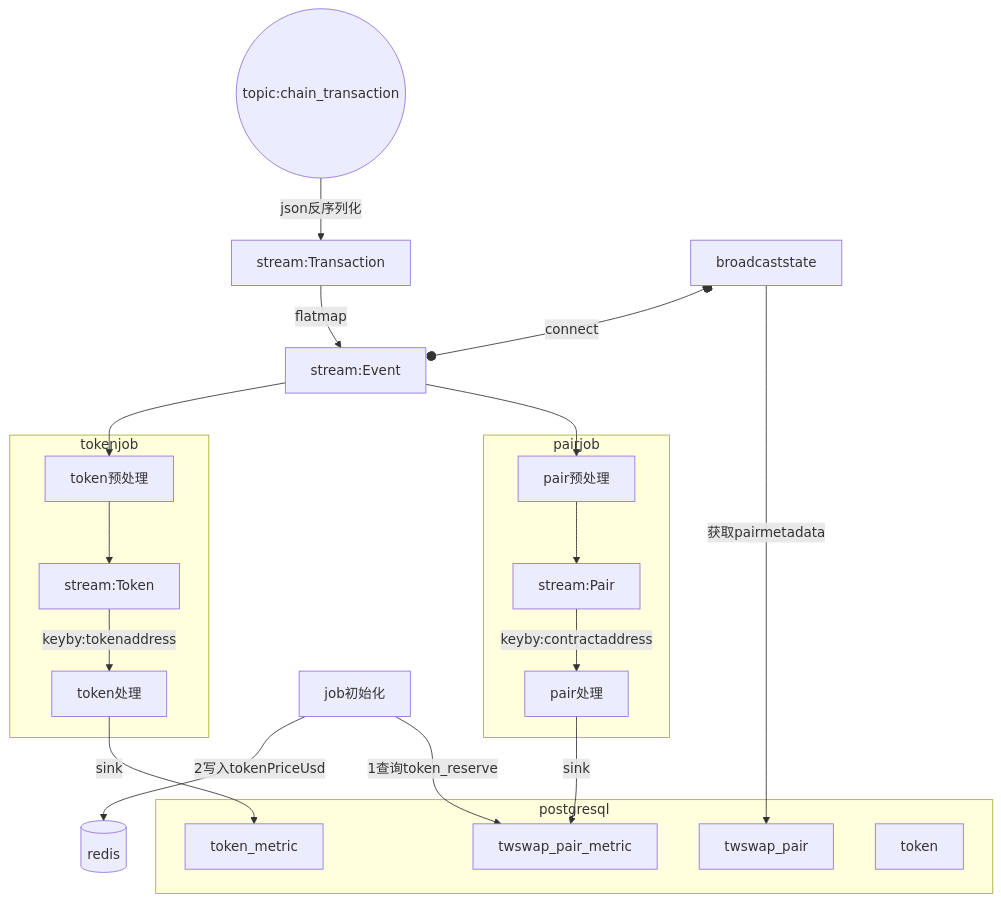
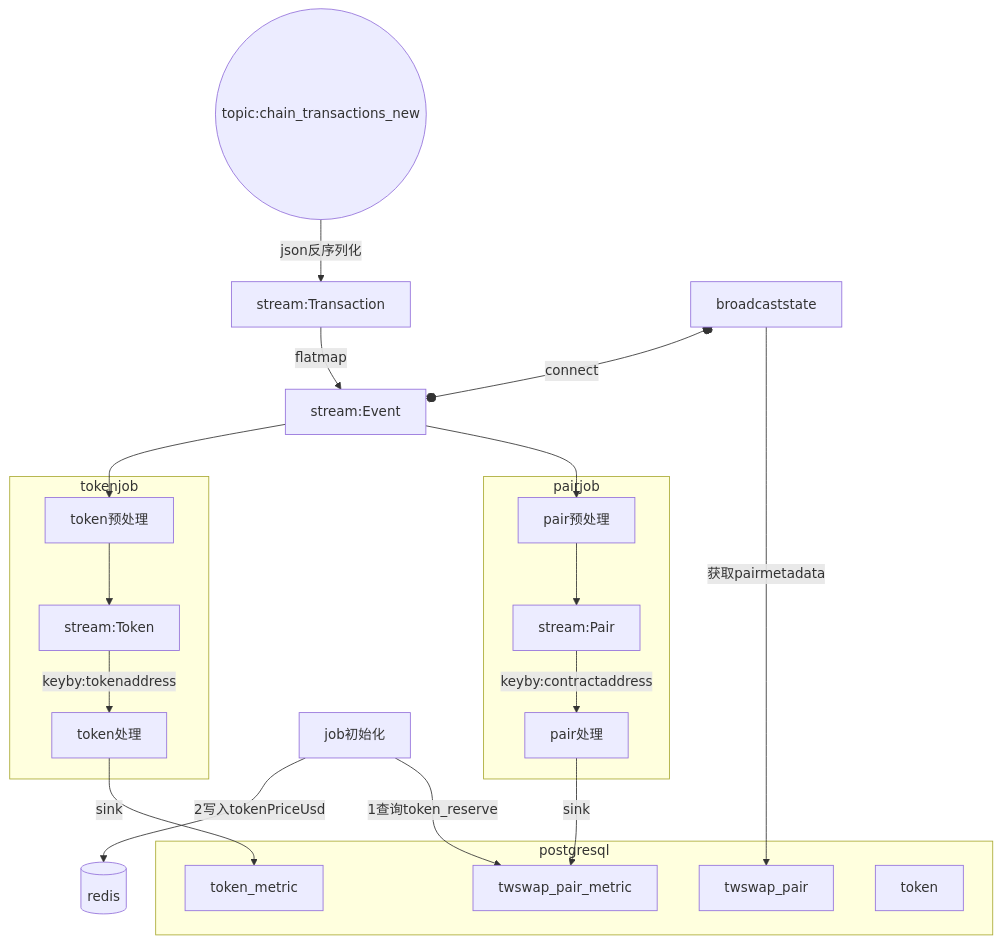
Before and after one commit to sjtutwilight/Twilight: the diagram in design/aggregator.md, drawn with Mermaid. The commit also changed other lines of this file and 105 other files, not shown here.

````diff
--- a/design/aggregator.md
+++ b/design/aggregator.md
@@ -5,35 +7,35 @@
 ```mermaid
 flowchart TD
 	job初始化--1查询token_reserve-->twswap_pair_metric
 	job初始化--2写入tokenPriceUsd-->redis
- kafka((topic:chain_transaction))--json反序列化-->stream:Transaction
+ kafka((topic:chain_transactions_new))--json反序列化-->stream:Transaction
  stream:Transaction--flatmap -->stream:Event
  broadcaststate--获取pairmetadata-->twswap_pair
 
  broadcaststate o--connect--o stream:Event
   stream:Event -->pair预处理 --> stream:Pair
 	stream:Event -->token预处理 -->stream:Token
 	stream:Pair --keyby:contractaddress--> pair处理
 	stream:Token --keyby:tokenaddress-->token处理
 	 pair处理 --sink--> twswap_pair_metric
 	token处理 --sink-->token_metric
 	 
 redis[(redis)]
  subgraph pairjob
  pair预处理
  stream:Pair
  pair处理
     end
  subgraph tokenjob
     token预处理
     stream:Token
     token处理
     end
 subgraph postgresql
 token
 token_metric
 twswap_pair
 twswap_pair_metric
     end
 
 ```
````
